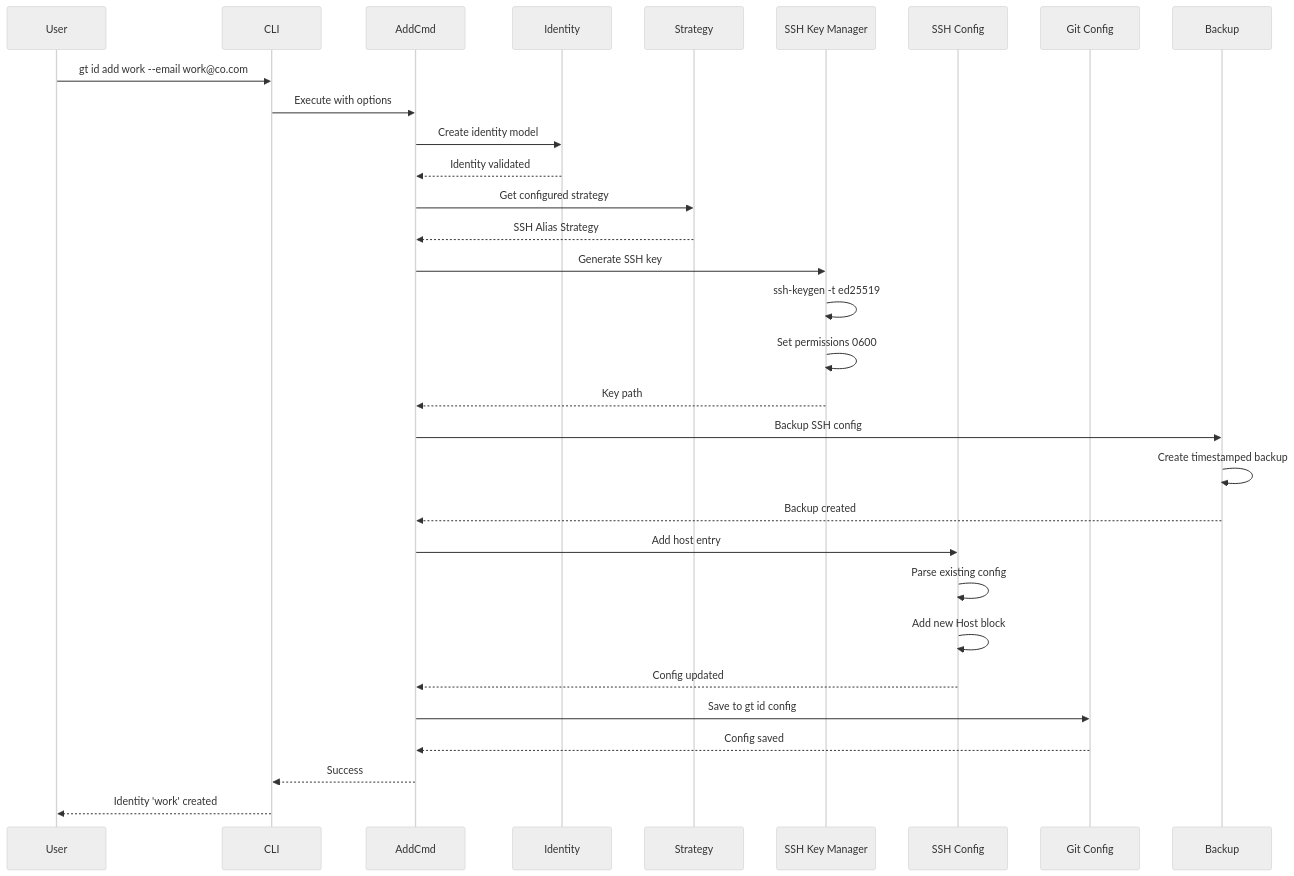
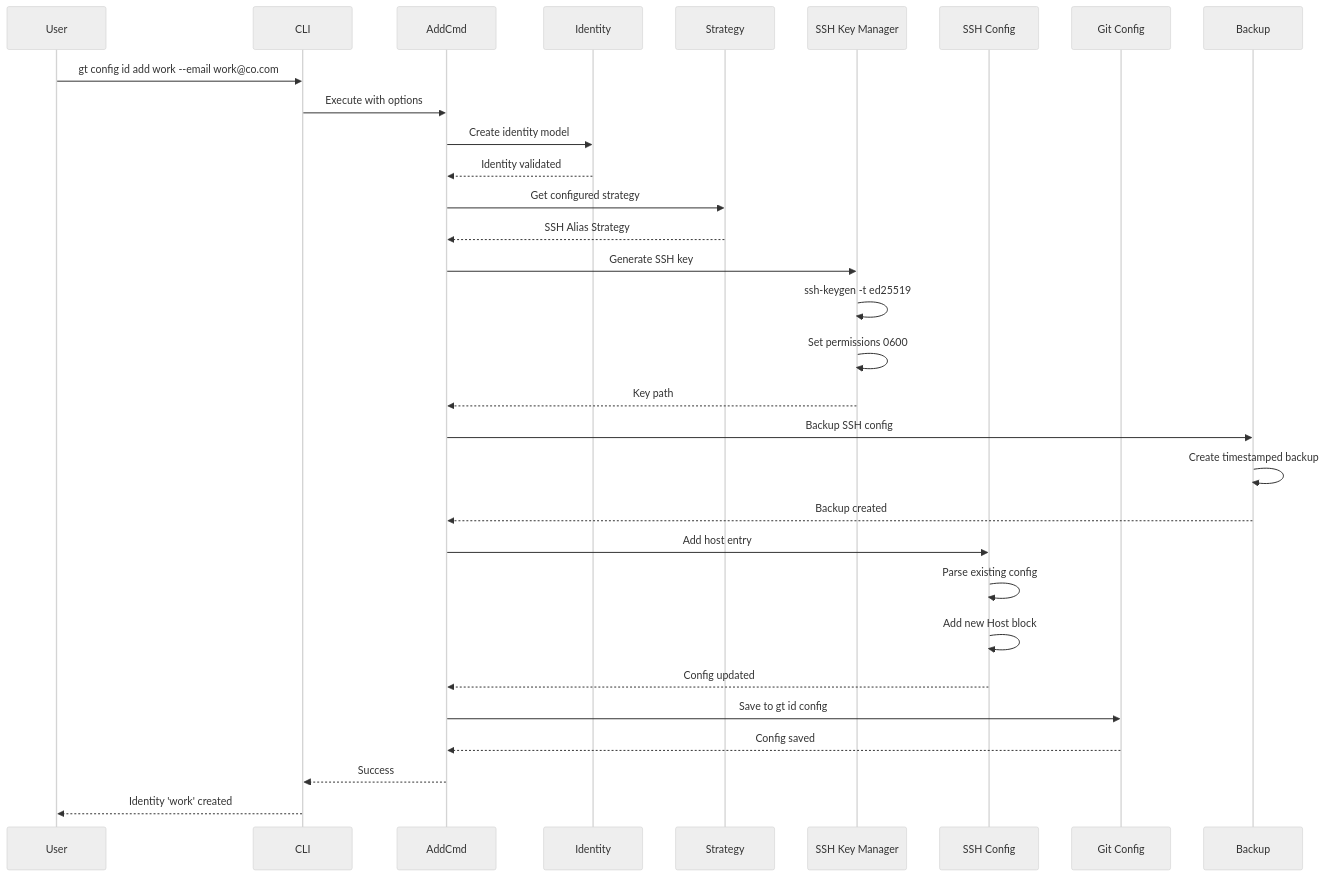
One commit to mattmccarty/gt changed the third of 13 diagrams in docs/009-big-picture.md. Above: the diagram before and after it, drawn with Mermaid (neutral theme). The commit also changed other lines of this file and 9 other files, not shown here.

````diff
--- a/docs/009-big-picture.md
+++ b/docs/009-big-picture.md
@@ -173,41 +173,41 @@
 ```mermaid
 sequenceDiagram
     participant User
     participant CLI
     participant AddCmd
     participant Identity
     participant Strategy
     participant KeyMgr as SSH Key Manager
     participant SshCfg as SSH Config
     participant GitCfg as Git Config
     participant Backup
 
-    User->>CLI: gt id add work --email work@co.com
+    User->>CLI: gt config id add work --email work@co.com
     CLI->>AddCmd: Execute with options
 
     AddCmd->>Identity: Create identity model
     Identity-->>AddCmd: Identity validated
 
     AddCmd->>Strategy: Get configured strategy
     Strategy-->>AddCmd: SSH Alias Strategy
 
     AddCmd->>KeyMgr: Generate SSH key
     KeyMgr->>KeyMgr: ssh-keygen -t ed25519
     KeyMgr->>KeyMgr: Set permissions 0600
     KeyMgr-->>AddCmd: Key path
 
     AddCmd->>Backup: Backup SSH config
     Backup->>Backup: Create timestamped backup
     Backup-->>AddCmd: Backup created
 
     AddCmd->>SshCfg: Add host entry
     SshCfg->>SshCfg: Parse existing config
     SshCfg->>SshCfg: Add new Host block
     SshCfg-->>AddCmd: Config updated
 
     AddCmd->>GitCfg: Save to gt id config
     GitCfg-->>AddCmd: Config saved
 
     AddCmd-->>CLI: Success
     CLI-->>User: Identity 'work' created
 ```
````
